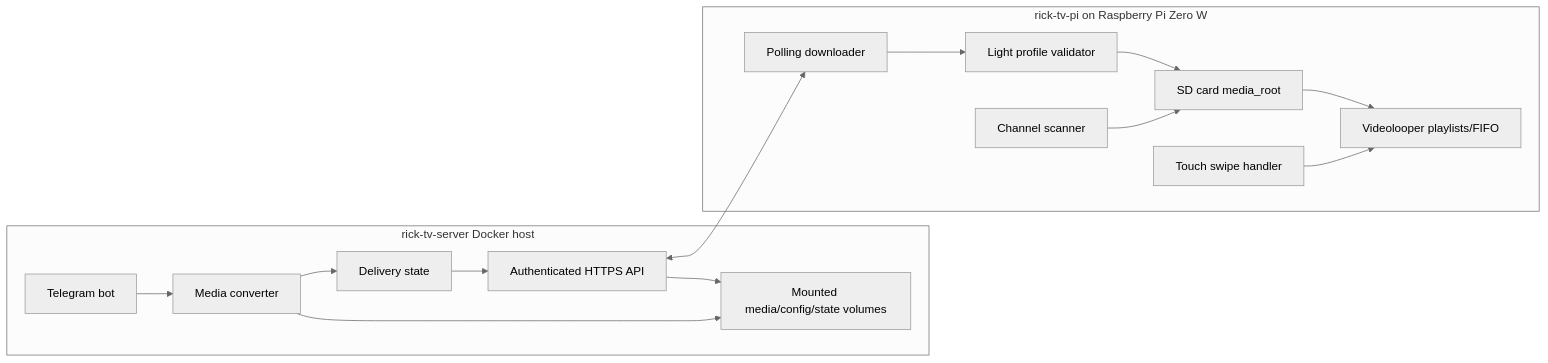
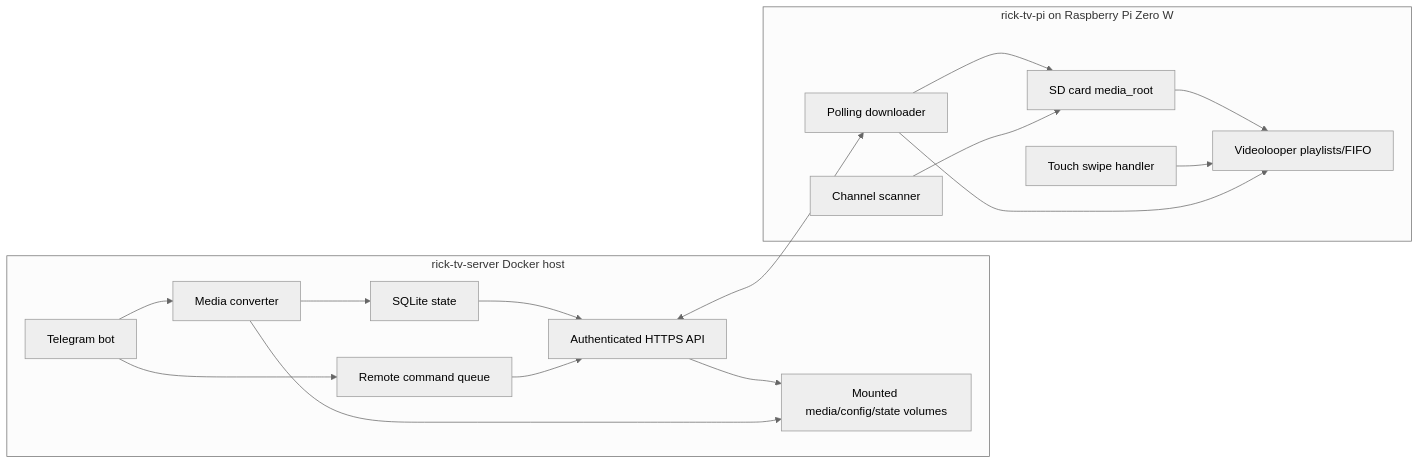
One commit to dmpanch/rick_tv changed the second of 3 diagrams in docs/superpowers/specs/2026-05-18-rick-tv-design.md. Above: the diagram before and after it, drawn with Mermaid (neutral theme). The commit also changed other lines of this file and 30 other files, not shown here.

````diff
--- a/docs/superpowers/specs/2026-05-18-rick-tv-design.md
+++ b/docs/superpowers/specs/2026-05-18-rick-tv-design.md
@@ -167,30 +183,33 @@
 ```mermaid
 flowchart LR
     subgraph Server["rick-tv-server Docker host"]
         Bot["Telegram bot"]
         API["Authenticated HTTPS API"]
-        Queue["Delivery state"]
+        Queue["SQLite state"]
+        Commands["Remote command queue"]
         Converter["Media converter"]
         Volumes["Mounted media/config/state volumes"]
         Bot --> Converter
         Converter --> Queue
+        Bot --> Commands
         Queue --> API
+        Commands --> API
         API --> Volumes
         Converter --> Volumes
     end
 
     subgraph Pi["rick-tv-pi on Raspberry Pi Zero W"]
         Poller["Polling downloader"]
-        Validator["Light profile validator"]
         Scanner["Channel scanner"]
         Player["Videolooper playlists/FIFO"]
         Touch["Touch swipe handler"]
         MediaRoot["SD card media_root"]
-        Poller --> Validator --> MediaRoot
+        Poller --> MediaRoot
         Scanner --> MediaRoot
         MediaRoot --> Player
         Touch --> Player
+        Poller --> Player
     end
 
     API <--> Poller
 ```
````
